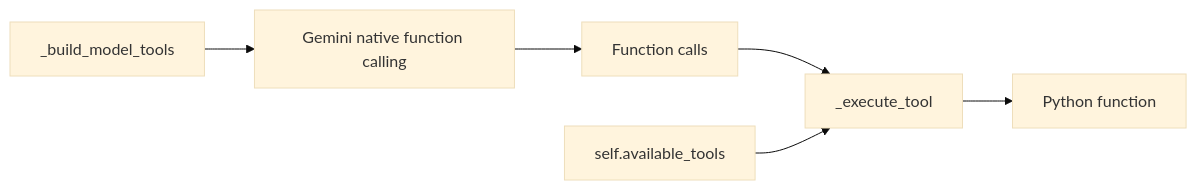
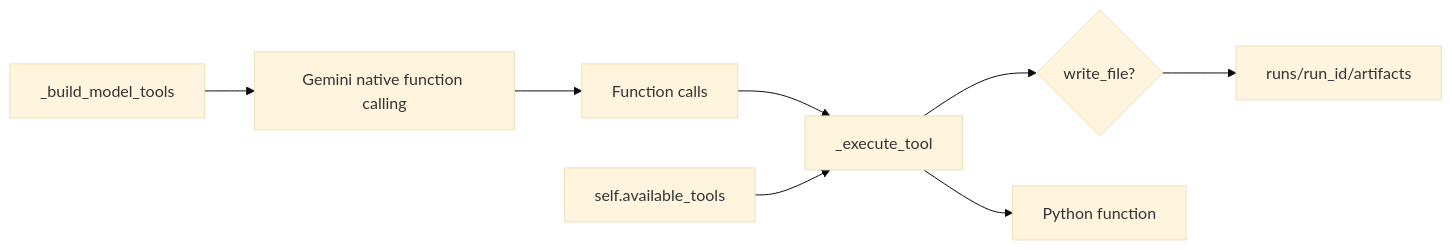
One commit to yessaravanan/gemini-research-agent changed the first of 3 diagrams in docs/08-agent-creation-flow.md. Above: the diagram before and after it, drawn with Mermaid (base theme). The commit also changed other lines of this file and 19 other files, not shown here.

````diff
--- a/docs/08-agent-creation-flow.md
+++ b/docs/08-agent-creation-flow.md
@@ -54,8 +55,10 @@
 ```mermaid
 flowchart LR
     ModelTools[_build_model_tools] --> Gemini[Gemini native function calling]
     Gemini --> FunctionCalls[Function calls]
     FunctionCalls --> Execute[_execute_tool]
+    Execute --> Scope{write_file?}
+    Scope --> Artifacts[runs/run_id/artifacts]
     AvailableTools[self.available_tools] --> Execute
     Execute --> PythonTool[Python function]
 ```
````
